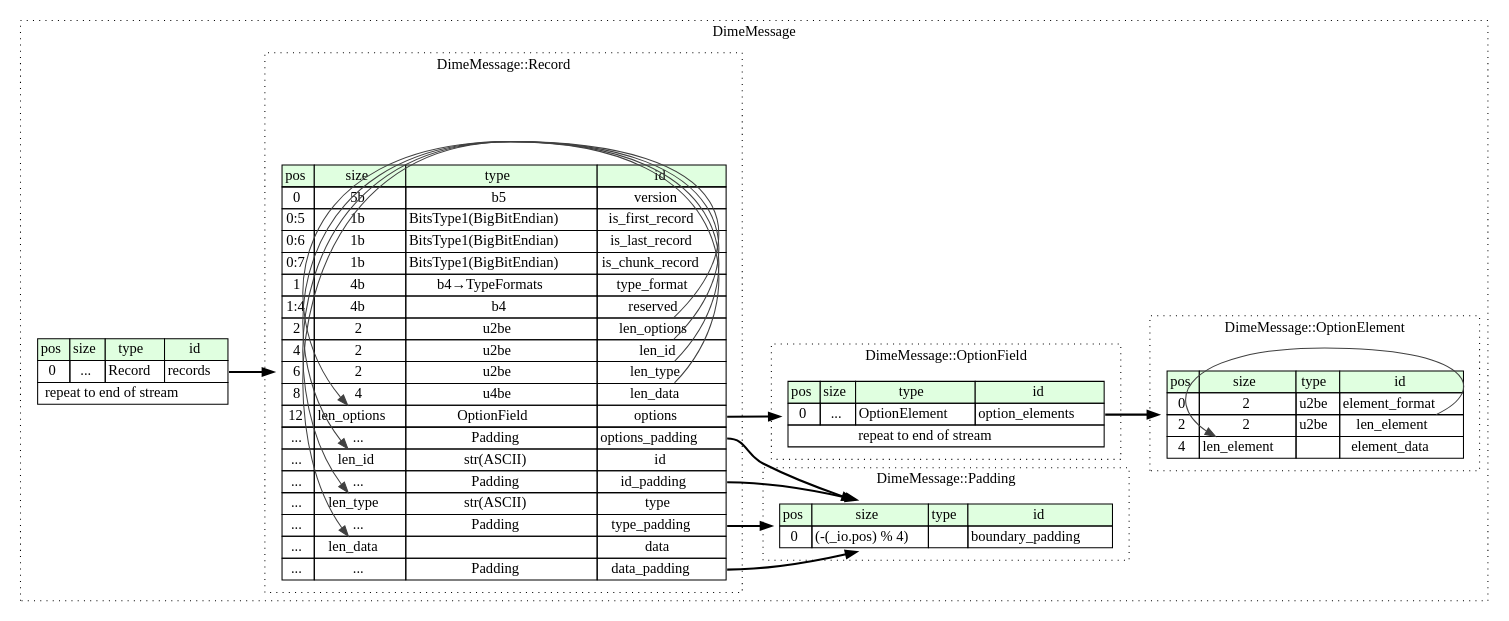
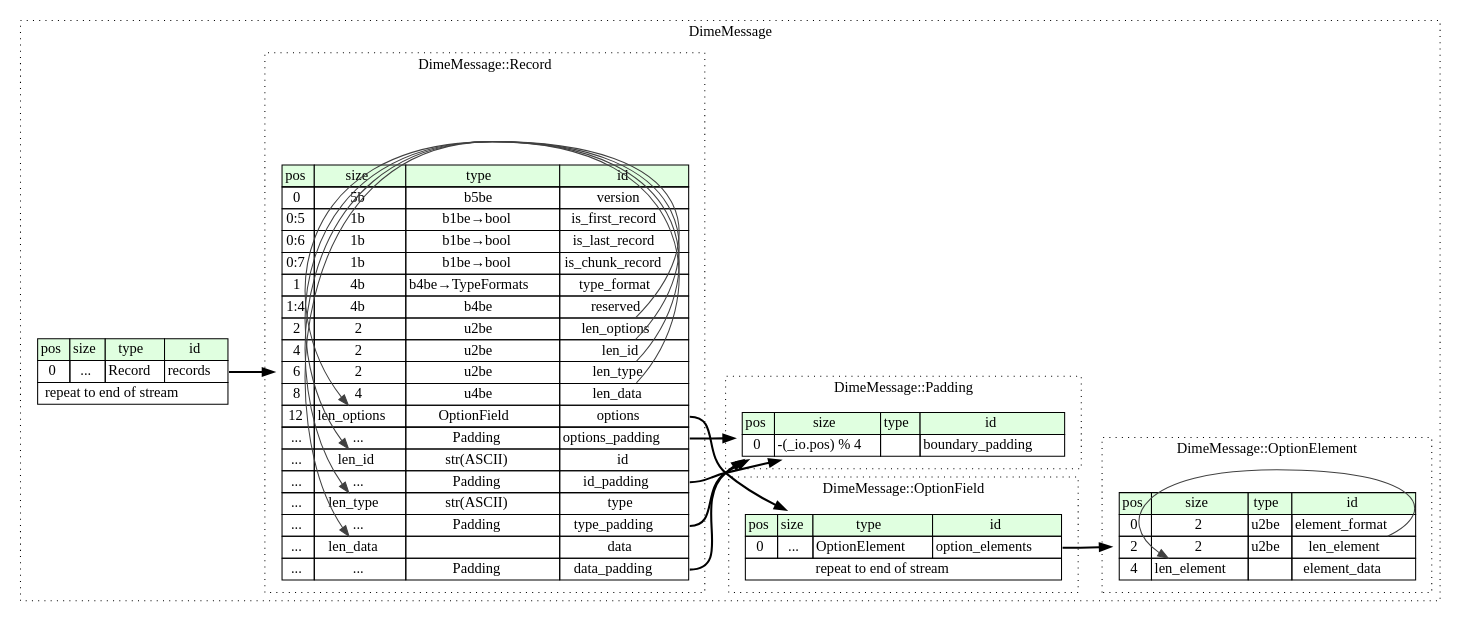
Before and after one commit to kaitai-io/formats-kaitai-io.github.io: the diagram in dime_message/src/graphviz/dime_message.dot, drawn with Graphviz. The commit also changed 6539 other files, not shown here.

```diff
--- a/dime_message/src/graphviz/dime_message.dot
+++ b/dime_message/src/graphviz/dime_message.dot
@@ -1,82 +1,82 @@
 digraph {
 	rankdir=LR;
 	node [shape=plaintext];
 	subgraph cluster__dime_message {
 		label="DimeMessage";
 		graph[style=dotted];
 
 		dime_message__seq [label=<<TABLE BORDER="0" CELLBORDER="1" CELLSPACING="0">
 			<TR><TD BGCOLOR="#E0FFE0">pos</TD><TD BGCOLOR="#E0FFE0">size</TD><TD BGCOLOR="#E0FFE0">type</TD><TD BGCOLOR="#E0FFE0">id</TD></TR>
 			<TR><TD PORT="records_pos">0</TD><TD PORT="records_size">...</TD><TD>Record</TD><TD PORT="records_type">records</TD></TR>
 			<TR><TD COLSPAN="4" PORT="records__repeat">repeat to end of stream</TD></TR>
 		</TABLE>>];
-		subgraph cluster__padding {
-			label="DimeMessage::Padding";
+		subgraph cluster__option_element {
+			label="DimeMessage::OptionElement";
 			graph[style=dotted];
 
-			padding__seq [label=<<TABLE BORDER="0" CELLBORDER="1" CELLSPACING="0">
+			option_element__seq [label=<<TABLE BORDER="0" CELLBORDER="1" CELLSPACING="0">
 				<TR><TD BGCOLOR="#E0FFE0">pos</TD><TD BGCOLOR="#E0FFE0">size</TD><TD BGCOLOR="#E0FFE0">type</TD><TD BGCOLOR="#E0FFE0">id</TD></TR>
-				<TR><TD PORT="boundary_padding_pos">0</TD><TD PORT="boundary_padding_size">(-(_io.pos) % 4)</TD><TD></TD><TD PORT="boundary_padding_type">boundary_padding</TD></TR>
+				<TR><TD PORT="element_format_pos">0</TD><TD PORT="element_format_size">2</TD><TD>u2be</TD><TD PORT="element_format_type">element_format</TD></TR>
+				<TR><TD PORT="len_element_pos">2</TD><TD PORT="len_element_size">2</TD><TD>u2be</TD><TD PORT="len_element_type">len_element</TD></TR>
+				<TR><TD PORT="element_data_pos">4</TD><TD PORT="element_data_size">len_element</TD><TD></TD><TD PORT="element_data_type">element_data</TD></TR>
 			</TABLE>>];
 		}
 		subgraph cluster__option_field {
 			label="DimeMessage::OptionField";
 			graph[style=dotted];
 
 			option_field__seq [label=<<TABLE BORDER="0" CELLBORDER="1" CELLSPACING="0">
 				<TR><TD BGCOLOR="#E0FFE0">pos</TD><TD BGCOLOR="#E0FFE0">size</TD><TD BGCOLOR="#E0FFE0">type</TD><TD BGCOLOR="#E0FFE0">id</TD></TR>
 				<TR><TD PORT="option_elements_pos">0</TD><TD PORT="option_elements_size">...</TD><TD>OptionElement</TD><TD PORT="option_elements_type">option_elements</TD></TR>
 				<TR><TD COLSPAN="4" PORT="option_elements__repeat">repeat to end of stream</TD></TR>
 			</TABLE>>];
 		}
-		subgraph cluster__option_element {
-			label="DimeMessage::OptionElement";
+		subgraph cluster__padding {
+			label="DimeMessage::Padding";
 			graph[style=dotted];
 
-			option_element__seq [label=<<TABLE BORDER="0" CELLBORDER="1" CELLSPACING="0">
+			padding__seq [label=<<TABLE BORDER="0" CELLBORDER="1" CELLSPACING="0">
 				<TR><TD BGCOLOR="#E0FFE0">pos</TD><TD BGCOLOR="#E0FFE0">size</TD><TD BGCOLOR="#E0FFE0">type</TD><TD BGCOLOR="#E0FFE0">id</TD></TR>
-				<TR><TD PORT="element_format_pos">0</TD><TD PORT="element_format_size">2</TD><TD>u2be</TD><TD PORT="element_format_type">element_format</TD></TR>
-				<TR><TD PORT="len_element_pos">2</TD><TD PORT="len_element_size">2</TD><TD>u2be</TD><TD PORT="len_element_type">len_element</TD></TR>
-				<TR><TD PORT="element_data_pos">4</TD><TD PORT="element_data_size">len_element</TD><TD></TD><TD PORT="element_data_type">element_data</TD></TR>
+				<TR><TD PORT="boundary_padding_pos">0</TD><TD PORT="boundary_padding_size">-(_io.pos) % 4</TD><TD></TD><TD PORT="boundary_padding_type">boundary_padding</TD></TR>
 			</TABLE>>];
 		}
 		subgraph cluster__record {
 			label="DimeMessage::Record";
 			graph[style=dotted];
 
 			record__seq [label=<<TABLE BORDER="0" CELLBORDER="1" CELLSPACING="0">
 				<TR><TD BGCOLOR="#E0FFE0">pos</TD><TD BGCOLOR="#E0FFE0">size</TD><TD BGCOLOR="#E0FFE0">type</TD><TD BGCOLOR="#E0FFE0">id</TD></TR>
-				<TR><TD PORT="version_pos">0</TD><TD PORT="version_size">5b</TD><TD>b5</TD><TD PORT="version_type">version</TD></TR>
-				<TR><TD PORT="is_first_record_pos">0:5</TD><TD PORT="is_first_record_size">1b</TD><TD>BitsType1(BigBitEndian)</TD><TD PORT="is_first_record_type">is_first_record</TD></TR>
-				<TR><TD PORT="is_last_record_pos">0:6</TD><TD PORT="is_last_record_size">1b</TD><TD>BitsType1(BigBitEndian)</TD><TD PORT="is_last_record_type">is_last_record</TD></TR>
-				<TR><TD PORT="is_chunk_record_pos">0:7</TD><TD PORT="is_chunk_record_size">1b</TD><TD>BitsType1(BigBitEndian)</TD><TD PORT="is_chunk_record_type">is_chunk_record</TD></TR>
-				<TR><TD PORT="type_format_pos">1</TD><TD PORT="type_format_size">4b</TD><TD>b4→TypeFormats</TD><TD PORT="type_format_type">type_format</TD></TR>
-				<TR><TD PORT="reserved_pos">1:4</TD><TD PORT="reserved_size">4b</TD><TD>b4</TD><TD PORT="reserved_type">reserved</TD></TR>
+				<TR><TD PORT="version_pos">0</TD><TD PORT="version_size">5b</TD><TD>b5be</TD><TD PORT="version_type">version</TD></TR>
+				<TR><TD PORT="is_first_record_pos">0:5</TD><TD PORT="is_first_record_size">1b</TD><TD>b1be→bool</TD><TD PORT="is_first_record_type">is_first_record</TD></TR>
+				<TR><TD PORT="is_last_record_pos">0:6</TD><TD PORT="is_last_record_size">1b</TD><TD>b1be→bool</TD><TD PORT="is_last_record_type">is_last_record</TD></TR>
+				<TR><TD PORT="is_chunk_record_pos">0:7</TD><TD PORT="is_chunk_record_size">1b</TD><TD>b1be→bool</TD><TD PORT="is_chunk_record_type">is_chunk_record</TD></TR>
+				<TR><TD PORT="type_format_pos">1</TD><TD PORT="type_format_size">4b</TD><TD>b4be→TypeFormats</TD><TD PORT="type_format_type">type_format</TD></TR>
+				<TR><TD PORT="reserved_pos">1:4</TD><TD PORT="reserved_size">4b</TD><TD>b4be</TD><TD PORT="reserved_type">reserved</TD></TR>
 				<TR><TD PORT="len_options_pos">2</TD><TD PORT="len_options_size">2</TD><TD>u2be</TD><TD PORT="len_options_type">len_options</TD></TR>
 				<TR><TD PORT="len_id_pos">4</TD><TD PORT="len_id_size">2</TD><TD>u2be</TD><TD PORT="len_id_type">len_id</TD></TR>
 				<TR><TD PORT="len_type_pos">6</TD><TD PORT="len_type_size">2</TD><TD>u2be</TD><TD PORT="len_type_type">len_type</TD></TR>
 				<TR><TD PORT="len_data_pos">8</TD><TD PORT="len_data_size">4</TD><TD>u4be</TD><TD PORT="len_data_type">len_data</TD></TR>
 				<TR><TD PORT="options_pos">12</TD><TD PORT="options_size">len_options</TD><TD>OptionField</TD><TD PORT="options_type">options</TD></TR>
 				<TR><TD PORT="options_padding_pos">...</TD><TD PORT="options_padding_size">...</TD><TD>Padding</TD><TD PORT="options_padding_type">options_padding</TD></TR>
 				<TR><TD PORT="id_pos">...</TD><TD PORT="id_size">len_id</TD><TD>str(ASCII)</TD><TD PORT="id_type">id</TD></TR>
 				<TR><TD PORT="id_padding_pos">...</TD><TD PORT="id_padding_size">...</TD><TD>Padding</TD><TD PORT="id_padding_type">id_padding</TD></TR>
 				<TR><TD PORT="type_pos">...</TD><TD PORT="type_size">len_type</TD><TD>str(ASCII)</TD><TD PORT="type_type">type</TD></TR>
 				<TR><TD PORT="type_padding_pos">...</TD><TD PORT="type_padding_size">...</TD><TD>Padding</TD><TD PORT="type_padding_type">type_padding</TD></TR>
 				<TR><TD PORT="data_pos">...</TD><TD PORT="data_size">len_data</TD><TD></TD><TD PORT="data_type">data</TD></TR>
 				<TR><TD PORT="data_padding_pos">...</TD><TD PORT="data_padding_size">...</TD><TD>Padding</TD><TD PORT="data_padding_type">data_padding</TD></TR>
 			</TABLE>>];
 		}
 	}
 	dime_message__seq:records_type -> record__seq [style=bold];
+	option_element__seq:len_element_type -> option_element__seq:element_data_size [color="#404040"];
 	option_field__seq:option_elements_type -> option_element__seq [style=bold];
-	option_element__seq:len_element_type -> option_element__seq:element_data_size [color="#404040"];
 	record__seq:len_options_type -> record__seq:options_size [color="#404040"];
 	record__seq:options_type -> option_field__seq [style=bold];
 	record__seq:options_padding_type -> padding__seq [style=bold];
 	record__seq:len_id_type -> record__seq:id_size [color="#404040"];
 	record__seq:id_padding_type -> padding__seq [style=bold];
 	record__seq:len_type_type -> record__seq:type_size [color="#404040"];
 	record__seq:type_padding_type -> padding__seq [style=bold];
 	record__seq:len_data_type -> record__seq:data_size [color="#404040"];
 	record__seq:data_padding_type -> padding__seq [style=bold];
 }
```
